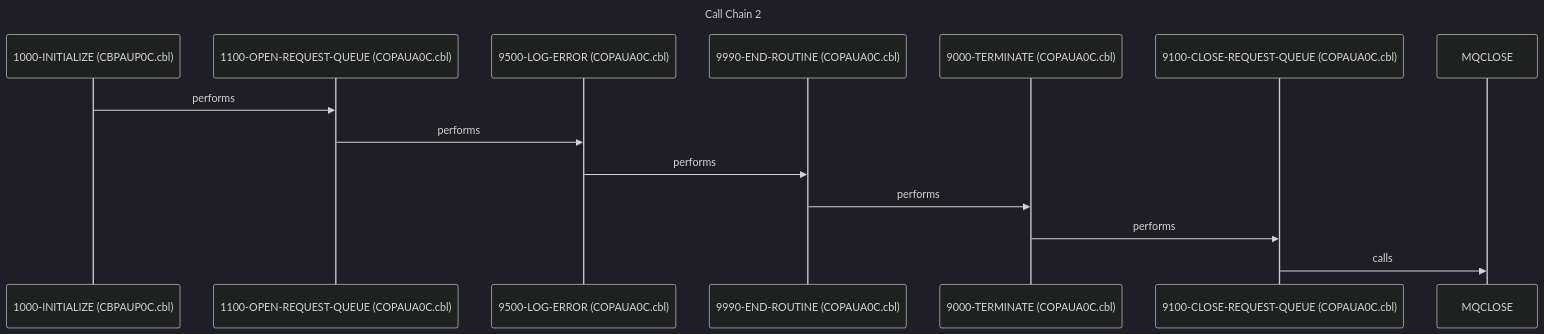
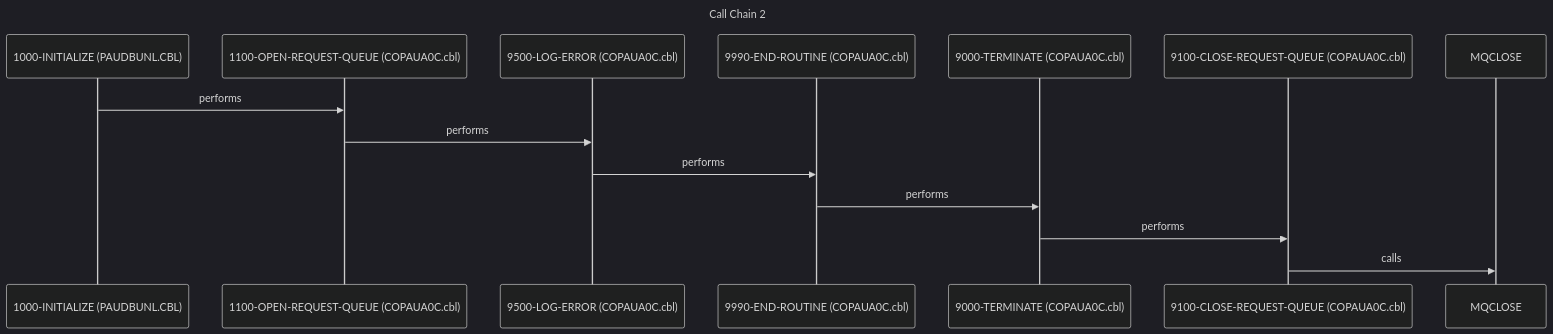
Before and after one commit to andrasfe/war_rig: the fifth of 8 diagrams in example_output/README.md, drawn with Mermaid (dark theme). The commit also changed other lines of this file and 300 other files, not shown here.

````diff
--- a/example_output/README.md
+++ b/example_output/README.md
@@ -388,17 +513,17 @@
 ```mermaid
 sequenceDiagram
     title Call Chain 2
-    participant 1000_INITIALIZE as 1000-INITIALIZE (CBPAUP0C.cbl)
+    participant 1000_INITIALIZE as 1000-INITIALIZE (PAUDBUNL.CBL)
     participant 1100_OPEN_REQUEST_QUEUE as 1100-OPEN-REQUEST-QUEUE (COPAUA0C.cbl)
     participant 9500_LOG_ERROR as 9500-LOG-ERROR (COPAUA0C.cbl)
     participant 9990_END_ROUTINE as 9990-END-ROUTINE (COPAUA0C.cbl)
     participant 9000_TERMINATE as 9000-TERMINATE (COPAUA0C.cbl)
     participant 9100_CLOSE_REQUEST_QUEUE as 9100-CLOSE-REQUEST-QUEUE (COPAUA0C.cbl)
     participant MQCLOSE as MQCLOSE
     1000_INITIALIZE->>1100_OPEN_REQUEST_QUEUE: performs
     1100_OPEN_REQUEST_QUEUE->>9500_LOG_ERROR: performs
     9500_LOG_ERROR->>9990_END_ROUTINE: performs
     9990_END_ROUTINE->>9000_TERMINATE: performs
     9000_TERMINATE->>9100_CLOSE_REQUEST_QUEUE: performs
     9100_CLOSE_REQUEST_QUEUE->>MQCLOSE: calls
 ```
````
